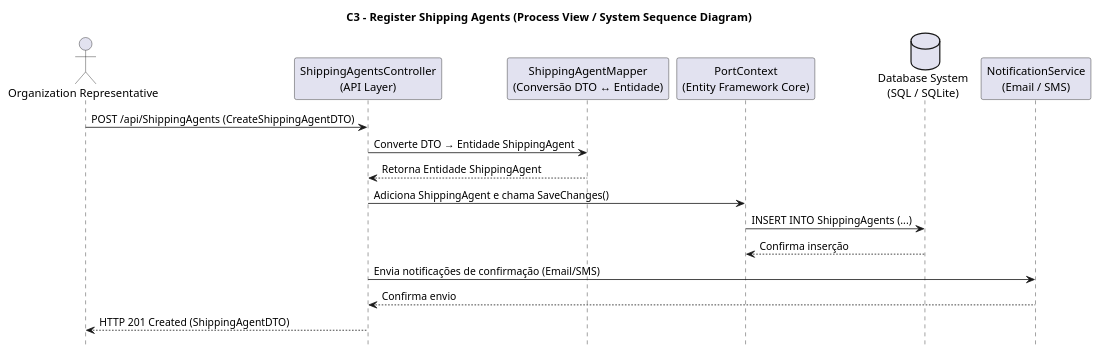
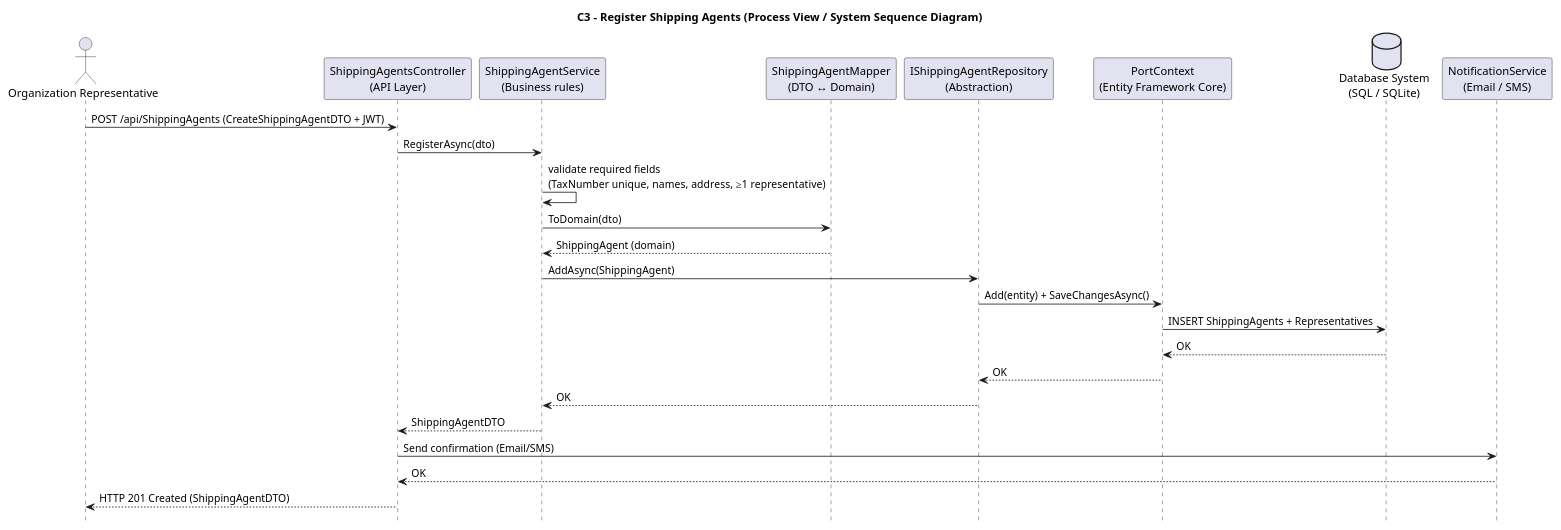
The diagram in Docs/Sprint A/US 2.2.5/Modelo c4/C3_Processos.puml (Departamento-de-Engenharia-Informatica/LEI-SEM5-PI-2025-26-3DM-03), drawn with PlantUML before and after one commit. The commit also changed 16 other files, not shown here.

```diff
--- a/Docs/Sprint A/US 2.2.5/Modelo c4/C3_Processos.puml
+++ b/Docs/Sprint A/US 2.2.5/Modelo c4/C3_Processos.puml
@@ -1,25 +1,33 @@
 @startuml C3_Register_Shipping_Agents_Process_View
 title C3 – Register Shipping Agents (Process View / System Sequence Diagram)
 hide footbox
 
 actor "Organization Representative" as Rep
 participant "ShippingAgentsController\n(API Layer)" as Controller
-participant "ShippingAgentMapper\n(Conversão DTO ↔ Entidade)" as Mapper
+participant "ShippingAgentService\n(Business rules)" as Service
+participant "ShippingAgentMapper\n(DTO ↔ Domain)" as Mapper
+participant "IShippingAgentRepository\n(Abstraction)" as Repo
 participant "PortContext\n(Entity Framework Core)" as Context
 database "Database System\n(SQL / SQLite)" as DB
 participant "NotificationService\n(Email / SMS)" as Notif
 
-Rep -> Controller : POST /api/ShippingAgents (CreateShippingAgentDTO)
-Controller -> Mapper : Converte DTO → Entidade ShippingAgent
-Mapper --> Controller : Retorna Entidade ShippingAgent
+Rep -> Controller : POST /api/ShippingAgents (CreateShippingAgentDTO + JWT)
+Controller -> Service : RegisterAsync(dto)
 
-Controller -> Context : Adiciona ShippingAgent e chama SaveChanges()
-Context -> DB : INSERT INTO ShippingAgents (...)
-DB --> Context : Confirma inserção
+Service -> Service : validate required fields\n(TaxNumber unique, names, address, ≥1 representative)
+Service -> Mapper : ToDomain(dto)
+Mapper --> Service : ShippingAgent (domain)
 
-Controller -> Notif : Envia notificações de confirmação (Email/SMS)
-Notif --> Controller : Confirma envio
+Service -> Repo : AddAsync(ShippingAgent)
+Repo -> Context : Add(entity) + SaveChangesAsync()
+Context -> DB : INSERT ShippingAgents + Representatives
+DB --> Context : OK
+Context --> Repo : OK
+Repo --> Service : OK
+
+Service --> Controller : ShippingAgentDTO
+Controller -> Notif : Send confirmation (Email/SMS)
+Notif --> Controller : OK
 
 Controller --> Rep : HTTP 201 Created (ShippingAgentDTO)
-
 @enduml
```
